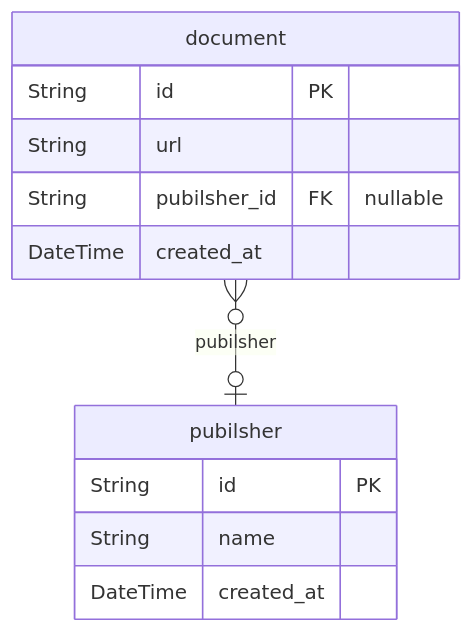
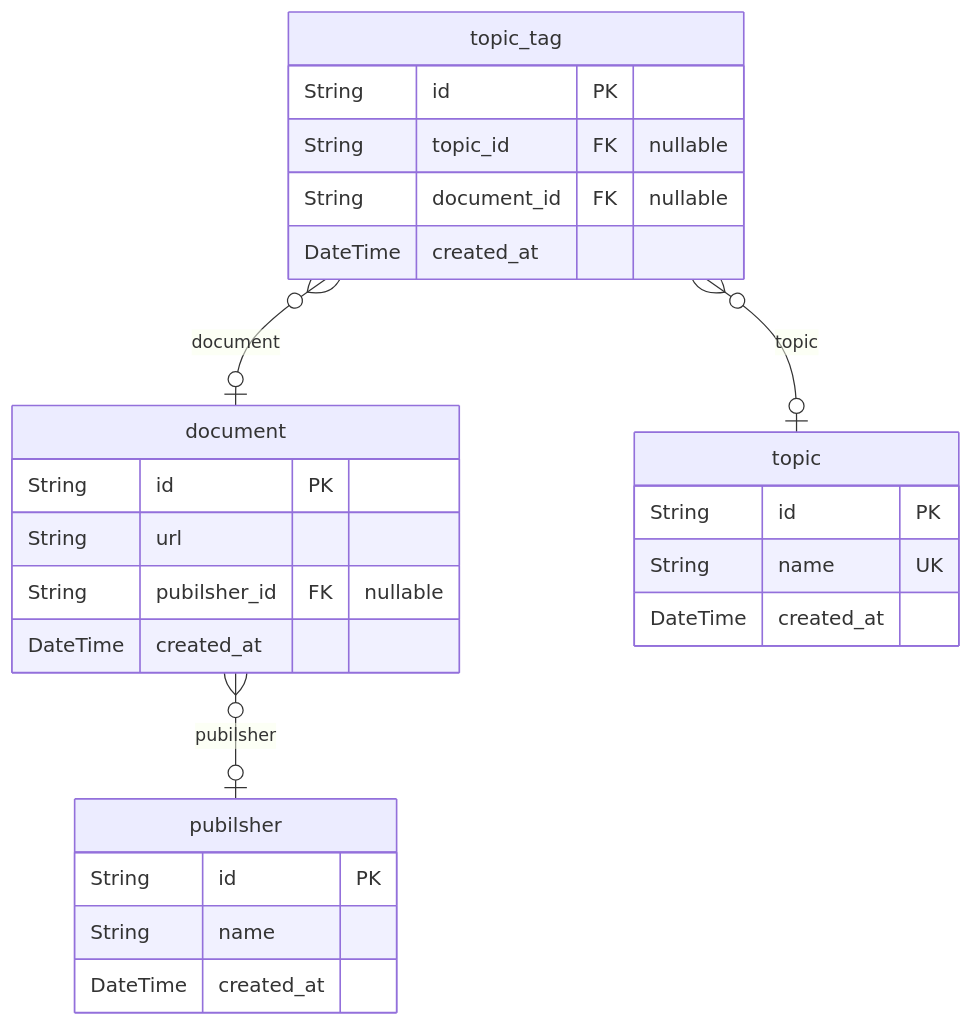
The second of 2 diagrams in docs/ERD.md (Mailly-Project/Mailly-BE), drawn with Mermaid before and after one commit. The commit also changed other lines of this file and 1 other file, not shown here.

Commit message:
feat: topic & topic-tag

````diff
--- a/docs/ERD.md
+++ b/docs/ERD.md
@@ -147,15 +147,28 @@
 ```mermaid
 erDiagram
 "document" {
   String id PK
   String url
   String pubilsher_id FK "nullable"
   DateTime created_at
 }
 "pubilsher" {
   String id PK
   String name
   DateTime created_at
 }
+"topic" {
+  String id PK
+  String name UK
+  DateTime created_at
+}
+"topic_tag" {
+  String id PK
+  String topic_id FK "nullable"
+  String document_id FK "nullable"
+  DateTime created_at
+}
 "document" }o--o| "pubilsher" : pubilsher
+"topic_tag" }o--o| "topic" : topic
+"topic_tag" }o--o| "document" : document
 ```
````
